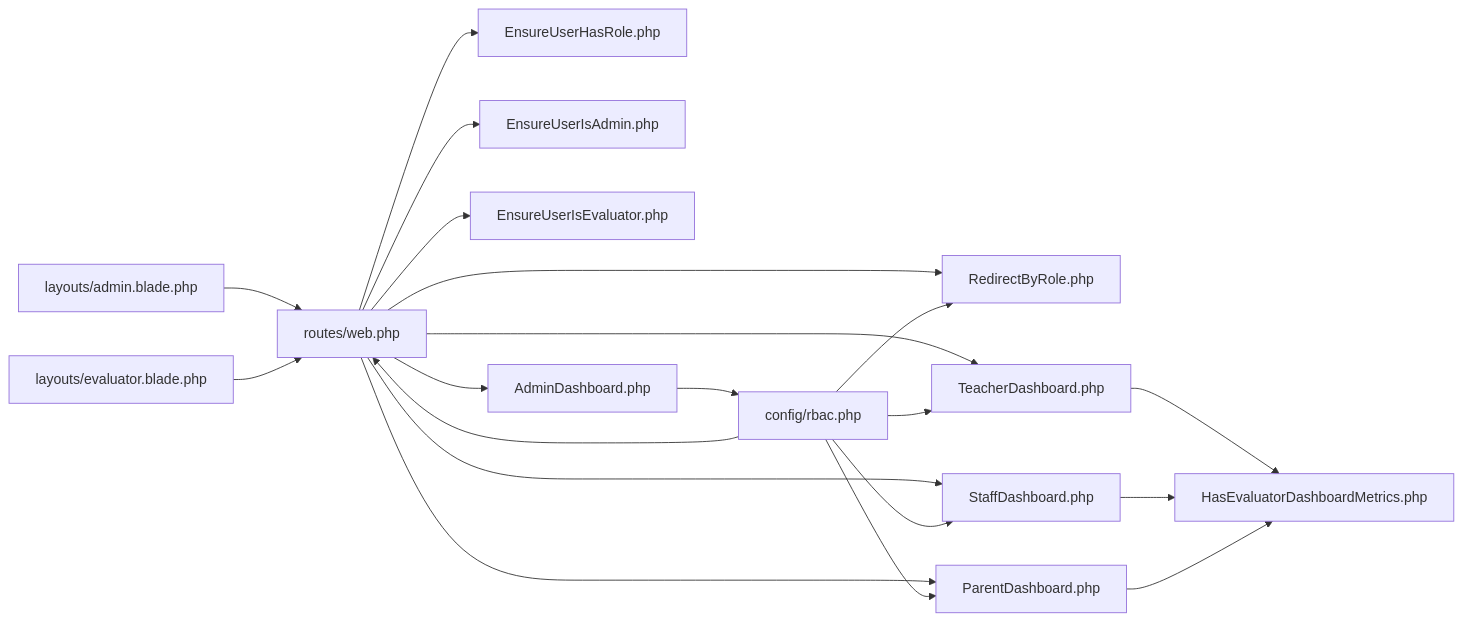
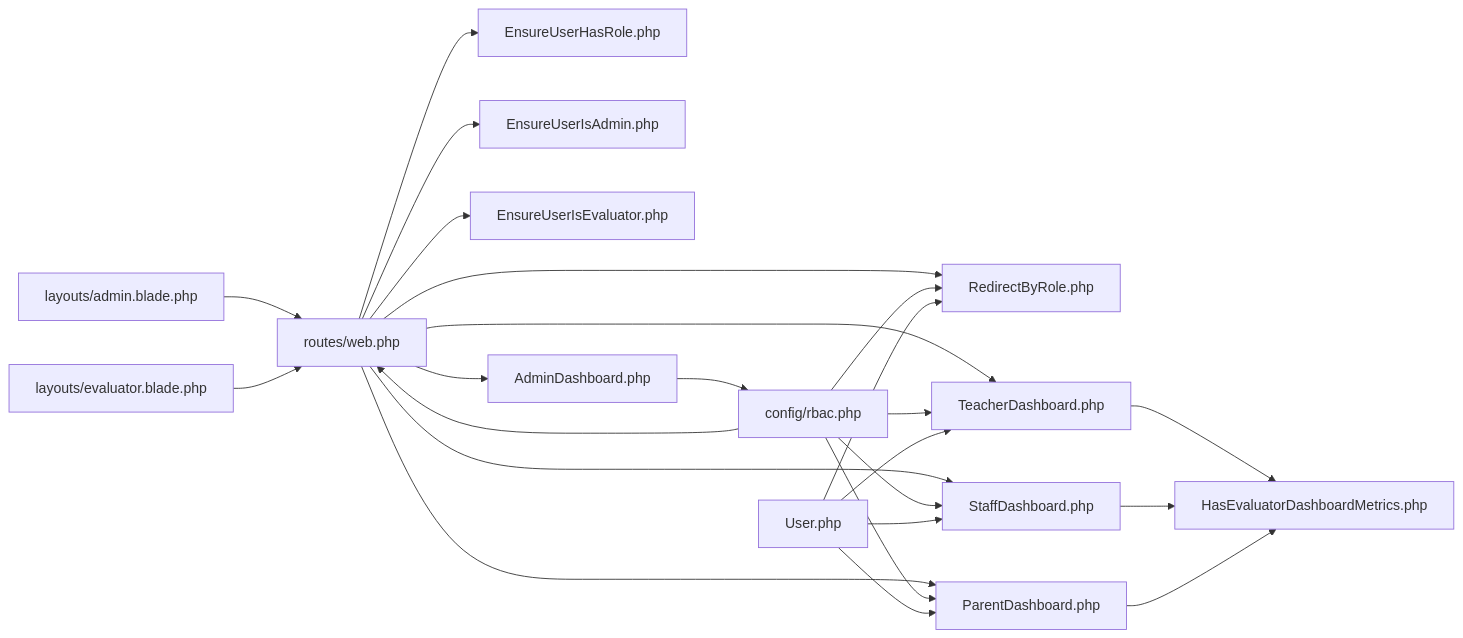
Before and after one commit to rudicatsmile/assesment360: the fourth of 4 diagrams in .qoder/repowiki/en/content/Role-Based Access Control/Dashboard & Routing.md, drawn with Mermaid. The commit also changed other lines of this file and 6 other files, not shown here.

````diff
--- a/.qoder/repowiki/en/content/Role-Based Access Control/Dashboard & Routing.md
+++ b/.qoder/repowiki/en/content/Role-Based Access Control/Dashboard & Routing.md
@@ -312,22 +343,26 @@
 ```mermaid
 graph LR
 RW["routes/web.php"] --> RBR["RedirectByRole.php"]
 RW --> EHR["EnsureUserHasRole.php"]
 RW --> EIA["EnsureUserIsAdmin.php"]
 RW --> EIE["EnsureUserIsEvaluator.php"]
 RW --> ADB["AdminDashboard.php"]
 RW --> TDB["TeacherDashboard.php"]
 RW --> SDB["StaffDashboard.php"]
 RW --> PDB["ParentDashboard.php"]
 CFG["config/rbac.php"] --> RW
 CFG --> RBR
 CFG --> TDB
 CFG --> SDB
 CFG --> PDB
 ADB --> CFG
 TDB --> HEDM["HasEvaluatorDashboardMetrics.php"]
 SDB --> HEDM
 PDB --> HEDM
+USRC["User.php"] --> RBR
+USRC --> TDB
+USRC --> SDB
+USRC --> PDB
 AL["layouts/admin.blade.php"] --> RW
 EL["layouts/evaluator.blade.php"] --> RW
 ```
````
